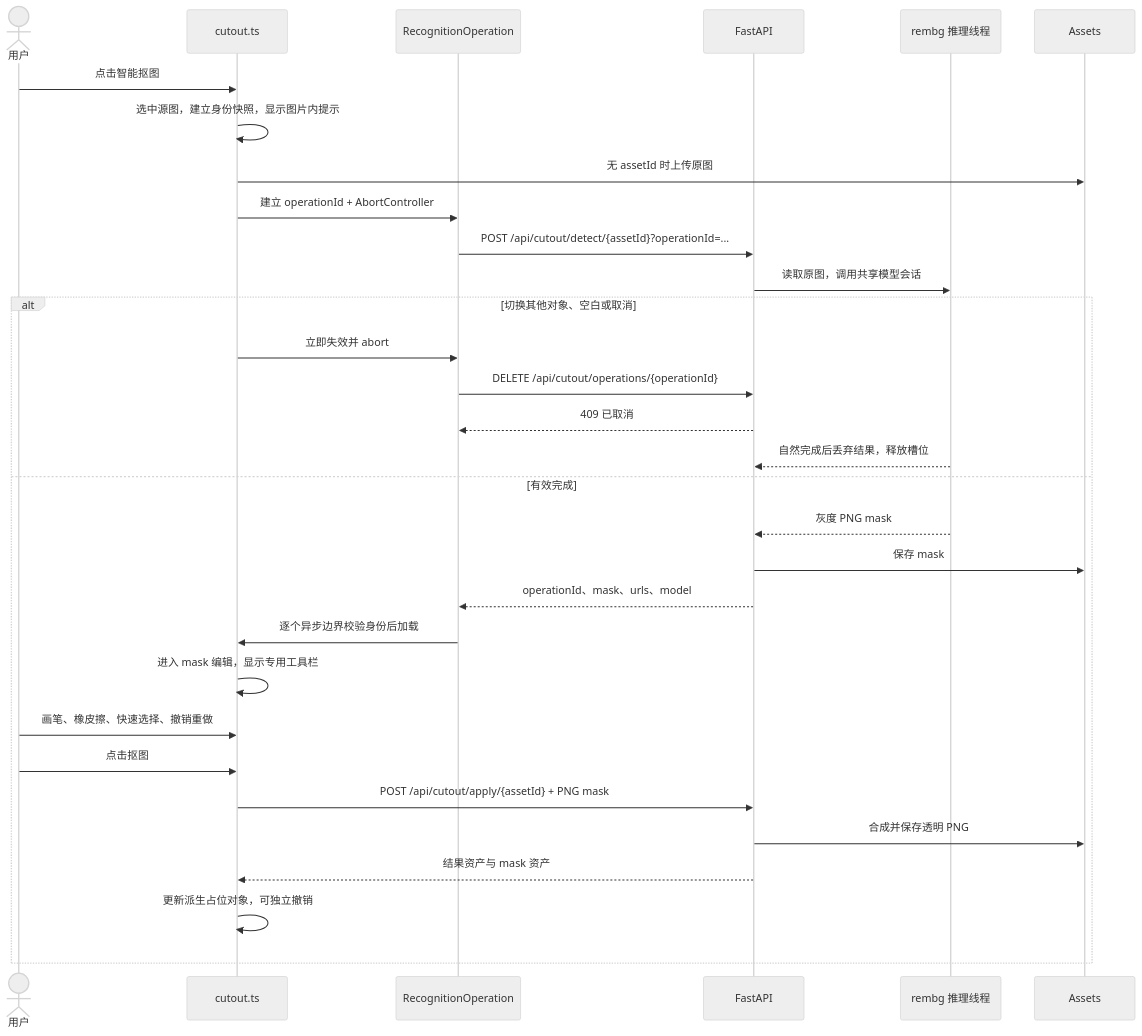
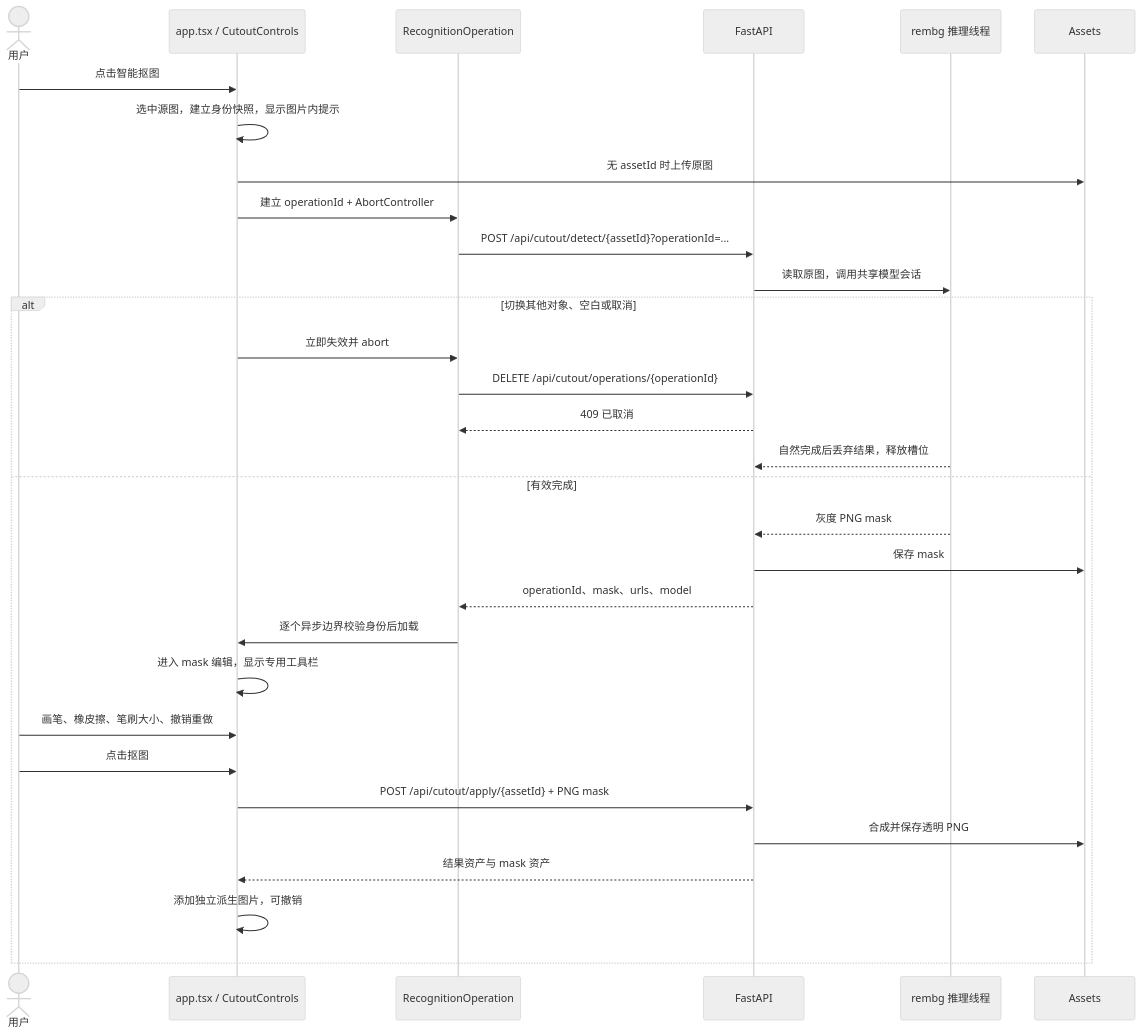
Before and after one commit to weilengdezaoshang/aiVideo: the diagram in docs/cutout-flow.md, drawn with Mermaid (neutral theme). The commit also changed other lines of this file and 54 other files, not shown here.

````diff
--- a/docs/cutout-flow.md
+++ b/docs/cutout-flow.md
@@ -7,33 +15,33 @@
 ```mermaid
 sequenceDiagram
     actor User as 用户
-    participant UI as cutout.ts
+    participant UI as app.tsx / CutoutControls
     participant Op as RecognitionOperation
     participant API as FastAPI
     participant Worker as rembg 推理线程
     participant Store as Assets
     User->>UI: 点击智能抠图
     UI->>UI: 选中源图，建立身份快照，显示图片内提示
     UI->>Store: 无 assetId 时上传原图
     UI->>Op: 建立 operationId + AbortController
     Op->>API: POST /api/cutout/detect/{assetId}?operationId=...
     API->>Worker: 读取原图，调用共享模型会话
     alt 切换其他对象、空白或取消
         UI->>Op: 立即失效并 abort
         Op->>API: DELETE /api/cutout/operations/{operationId}
         API-->>Op: 409 已取消
         Worker-->>API: 自然完成后丢弃结果，释放槽位
     else 有效完成
         Worker-->>API: 灰度 PNG mask
         API->>Store: 保存 mask
         API-->>Op: operationId、mask、urls、model
         Op->>UI: 逐个异步边界校验身份后加载
         UI->>UI: 进入 mask 编辑，显示专用工具栏
-        User->>UI: 画笔、橡皮擦、快速选择、撤销重做
+        User->>UI: 画笔、橡皮擦、笔刷大小、撤销重做
         User->>UI: 点击抠图
         UI->>API: POST /api/cutout/apply/{assetId} + PNG mask
         API->>Store: 合成并保存透明 PNG
         API-->>UI: 结果资产与 mask 资产
-        UI->>UI: 更新派生占位对象，可独立撤销
+        UI->>UI: 添加独立派生图片，可撤销
     end
 ```
````
